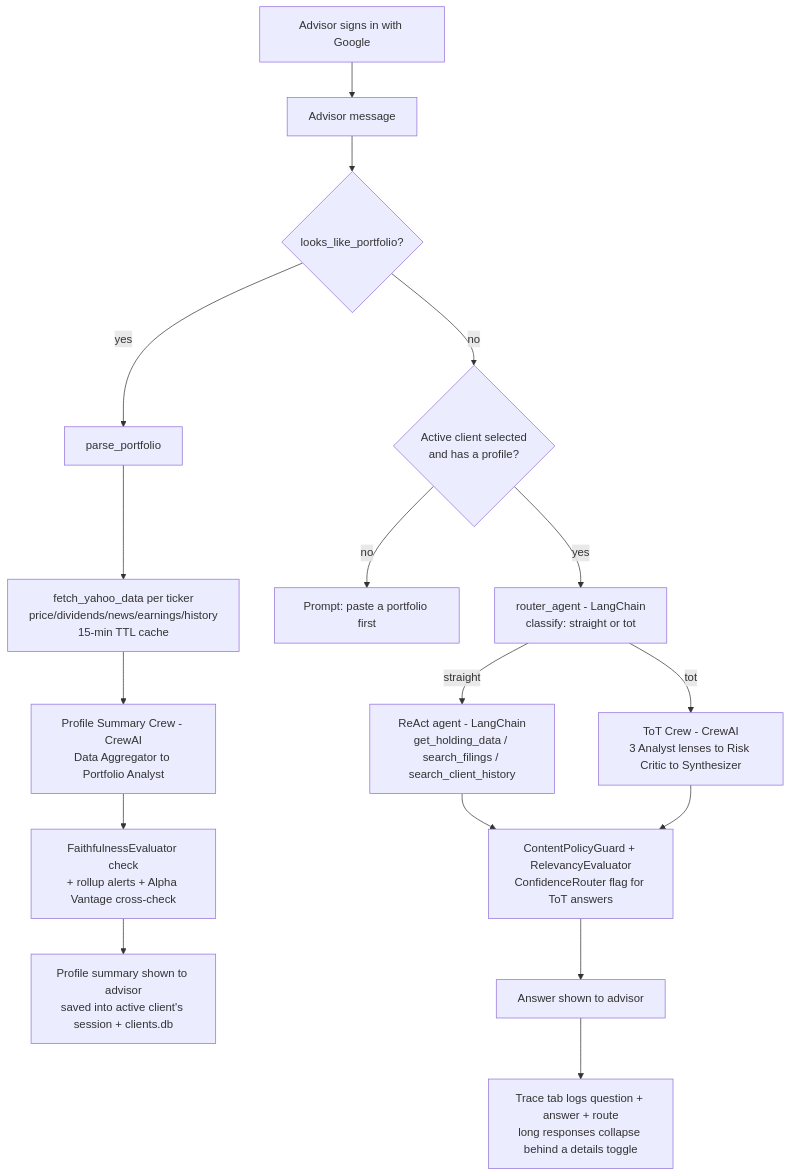
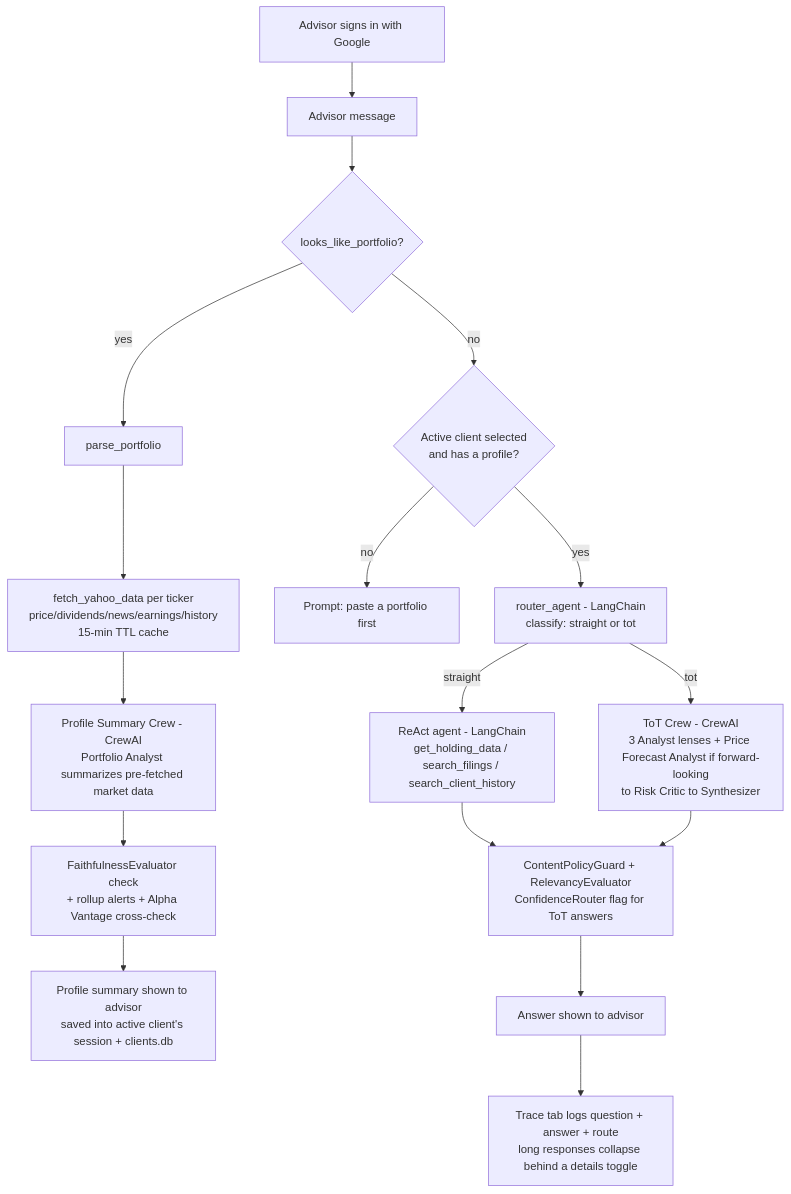
The diagram in README.md (Irving0904/MarketForecastor), drawn with Mermaid before and after one commit. The commit also changed other lines of this file and 5 other files, not shown here.

````diff
--- a/README.md
+++ b/README.md
@@ -32,20 +32,20 @@
 ```mermaid
 flowchart TD
     Z[Advisor signs in with Google] --> A[Advisor message]
     A --> B{looks_like_portfolio?}
     B -- yes --> C[parse_portfolio]
     C --> D[fetch_yahoo_data per ticker<br/>price/dividends/news/earnings/history<br/>15-min TTL cache]
-    D --> E[Profile Summary Crew - CrewAI<br/>Data Aggregator to Portfolio Analyst]
+    D --> E[Profile Summary Crew - CrewAI<br/>Portfolio Analyst summarizes pre-fetched market data]
     E --> F[FaithfulnessEvaluator check<br/>+ rollup alerts + Alpha Vantage cross-check]
     F --> P[Profile summary shown to advisor<br/>saved into active client's session + clients.db]
 
     B -- no --> G{Active client selected<br/>and has a profile?}
     G -- no --> H[Prompt: paste a portfolio first]
     G -- yes --> I[router_agent - LangChain<br/>classify: straight or tot]
     I -- straight --> J[ReAct agent - LangChain<br/>get_holding_data / search_filings / search_client_history]
-    I -- tot --> K[ToT Crew - CrewAI<br/>3 Analyst lenses to Risk Critic to Synthesizer]
+    I -- tot --> K[ToT Crew - CrewAI<br/>3 Analyst lenses + Price Forecast Analyst if forward-looking<br/>to Risk Critic to Synthesizer]
     J --> L[ContentPolicyGuard + RelevancyEvaluator<br/>ConfidenceRouter flag for ToT answers]
     K --> L
     L --> M[Answer shown to advisor]
     M --> N[Trace tab logs question + answer + route<br/>long responses collapse behind a details toggle]
 ```
````
